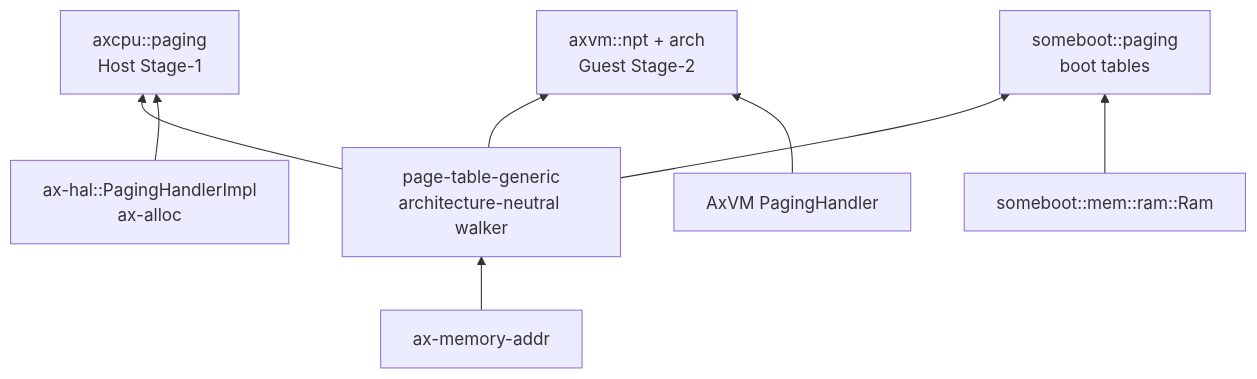
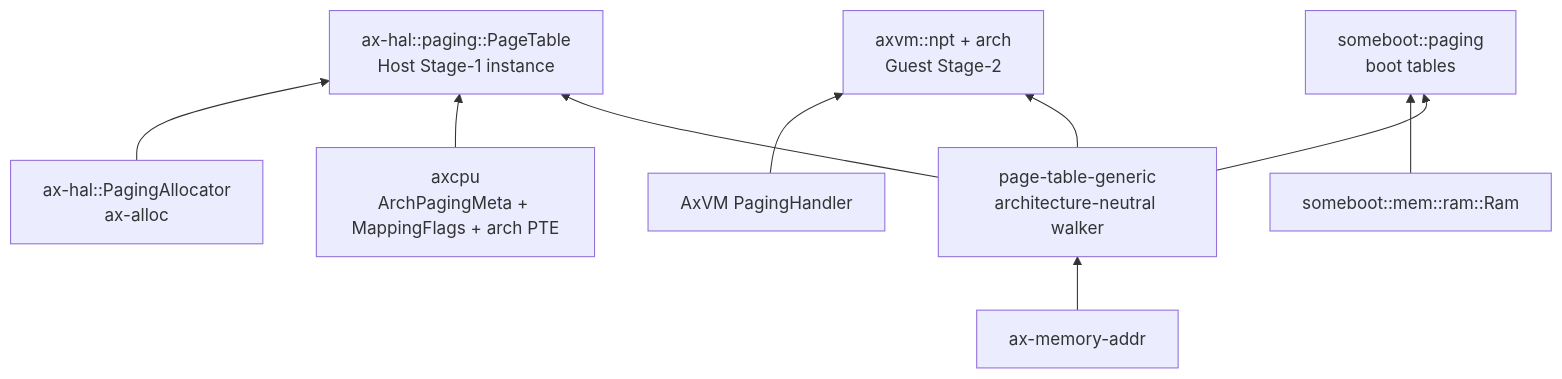
One commit to rcore-os/tgoskits changed the first of 2 diagrams in docs/docs/architecture/memory/page-table.md. Above: the diagram before and after it, drawn with Mermaid. The commit also changed other lines of this file and 13 other files, not shown here.

Commit message:
docs(memory): align architecture docs with actual implementation

````diff
--- a/docs/docs/architecture/memory/page-table.md
+++ b/docs/docs/architecture/memory/page-table.md
@@ -29,10 +29,11 @@
 ```mermaid
 flowchart BT
     Addr["ax-memory-addr"] --> Core["page-table-generic\narchitecture-neutral walker"]
-    Core --> Host["axcpu::paging\nHost Stage-1"]
+    Core --> Host["ax-hal::paging::PageTable\nHost Stage-1 instance"]
     Core --> Guest["axvm::npt + arch\nGuest Stage-2"]
     Core --> Boot["someboot::paging\nboot tables"]
-    RuntimeProvider["ax-hal::PagingHandlerImpl\nax-alloc"] --> Host
+    AxcpuMeta["axcpu\nArchPagingMeta + MappingFlags + arch PTE"] --> Host
+    RuntimeProvider["ax-hal::PagingAllocator\nax-alloc"] --> Host
     GuestProvider["AxVM PagingHandler"] --> Guest
     BootProvider["someboot::mem::ram::Ram"] --> Boot
 ```
````
